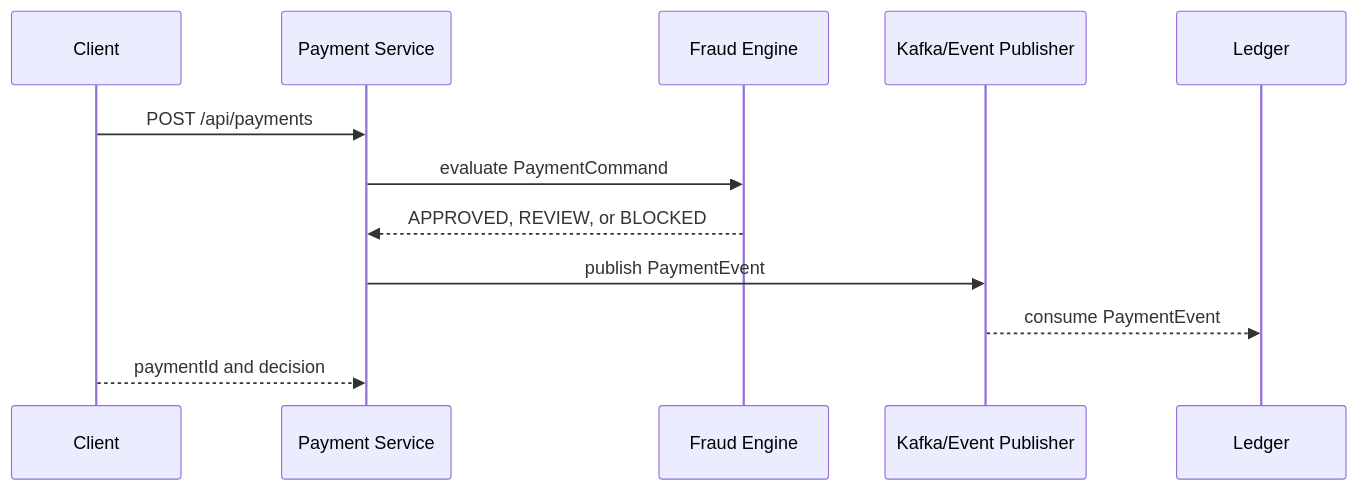
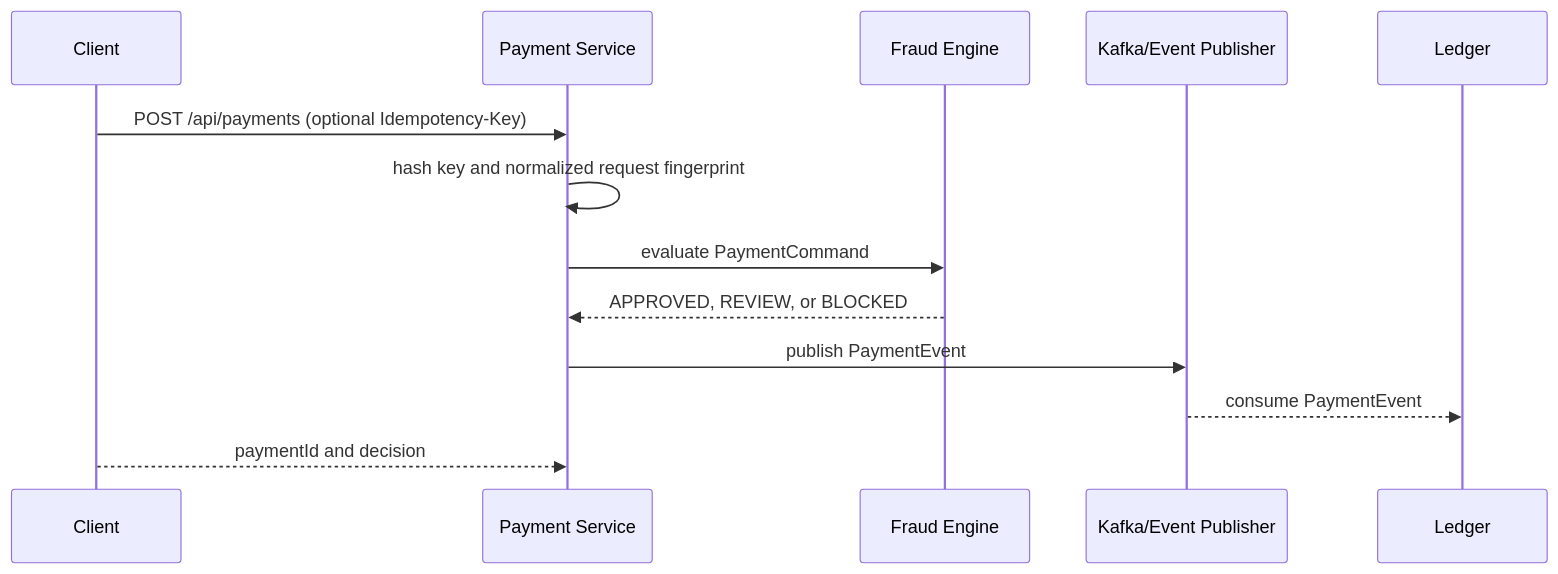
The second of 2 diagrams in docs/architecture.md (J4vedskh/upi-payments-simulator-lab), drawn with Mermaid before and after one commit. The commit also changed other lines of this file and 16 other files, not shown here.

````diff
--- a/docs/architecture.md
+++ b/docs/architecture.md
@@ -35,15 +35,16 @@
 ```mermaid
 sequenceDiagram
   participant C as Client
   participant P as Payment Service
   participant F as Fraud Engine
   participant K as Kafka/Event Publisher
   participant L as Ledger
 
-  C->>P: POST /api/payments
+  C->>P: POST /api/payments (optional Idempotency-Key)
+  P->>P: hash key and normalized request fingerprint
   P->>F: evaluate PaymentCommand
   F-->>P: APPROVED, REVIEW, or BLOCKED
   P->>K: publish PaymentEvent
   K-->>L: consume PaymentEvent
   C-->>P: paymentId and decision
 ```
````
